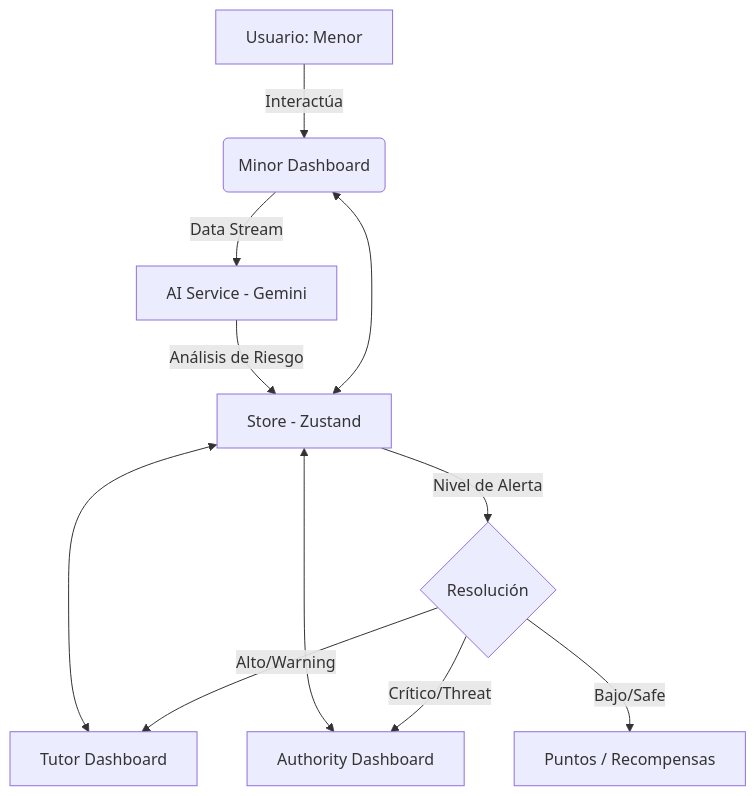
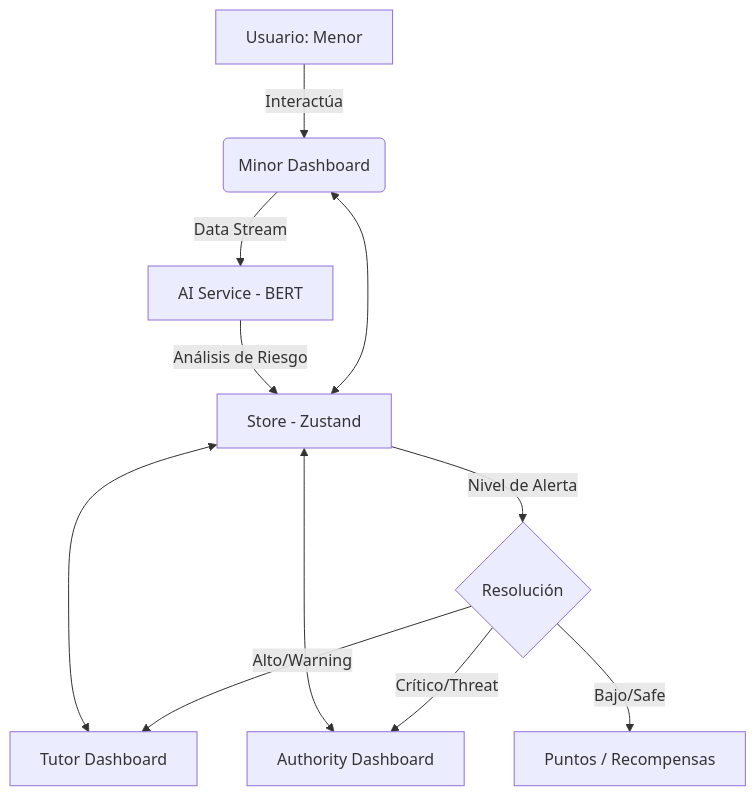
Before and after one commit to Ezequi-el/DEMO: the diagram in README.md, drawn with Mermaid.

Commit message:
read cambio 1125

````diff
--- a/README.md
+++ b/README.md
@@ -49,13 +49,13 @@
 ```mermaid
 graph TD
     A[Usuario: Menor] -->|Interactúa| B(Minor Dashboard)
-    B -->|Data Stream| C[AI Service - Gemini]
+    B -->|Data Stream| C[AI Service - BERT]
     C -->|Análisis de Riesgo| H[Store - Zustand]
     H <--> B
     H <--> F[Tutor Dashboard]
     H <--> G[Authority Dashboard]
     H -->|Nivel de Alerta| D{Resolución}
     D -->|Bajo/Safe| E[Puntos / Recompensas]
     D -->|Alto/Warning| F
     D -->|Crítico/Threat| G
 ```
````
